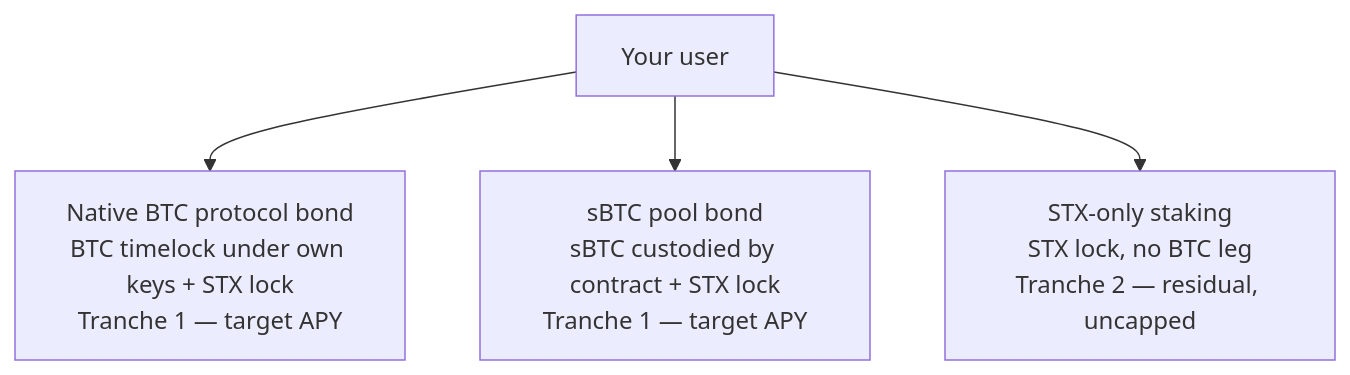
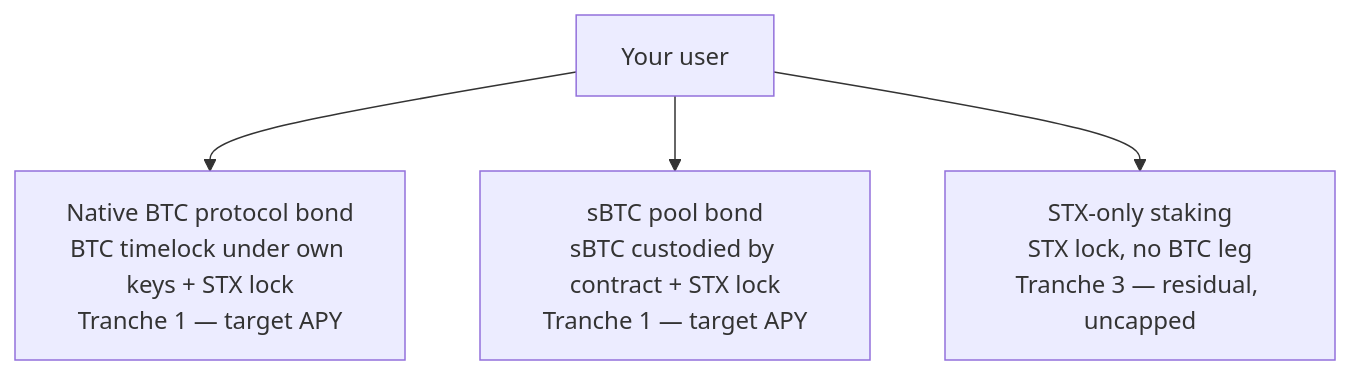
The fourth of 4 diagrams in docs/pox-5/concepts.md (stacks-network/docs), drawn with Mermaid before and after one commit. The commit also changed other lines of this file and 19 other files, not shown here.

````diff
--- a/docs/pox-5/concepts.md
+++ b/docs/pox-5/concepts.md
@@ -149,6 +115,6 @@
 ```mermaid
 flowchart TD
     U["Your user"] --> A["Native BTC protocol bond<br/>BTC timelock under own keys + STX lock<br/>Tranche 1 — target APY"]
     U --> B["sBTC pool bond<br/>sBTC custodied by contract + STX lock<br/>Tranche 1 — target APY"]
-    U --> C["STX-only staking<br/>STX lock, no BTC leg<br/>Tranche 2 — residual, uncapped"]
+    U --> C["STX-only staking<br/>STX lock, no BTC leg<br/>Tranche 3 — residual, uncapped"]
 ```
````
